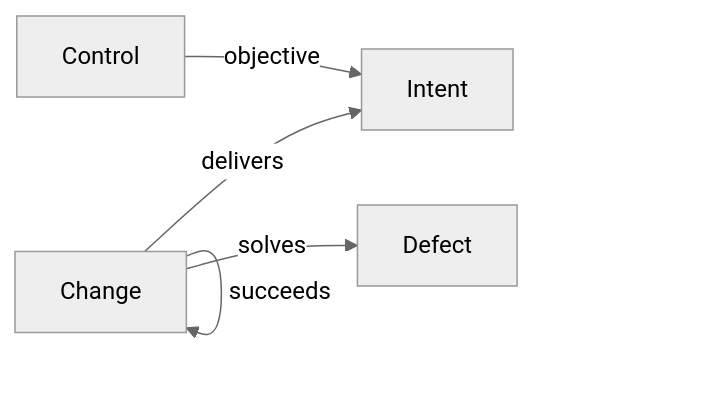
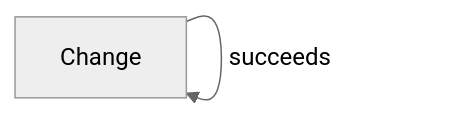
One commit to Kai-Hacks-AI/KAAL changed the diagram in engineering/metamodel/views/promotion.md. Above: the diagram before and after it, drawn with Mermaid (neutral theme). The commit also changed other lines of this file and 1 other file, not shown here.

First line of the commit message:
DO: PROMOTION view reduced to transport; HOTFIX is one route for a Defect (release/C71)

````diff
--- a/engineering/metamodel/views/promotion.md
+++ b/engineering/metamodel/views/promotion.md
@@ -14,7 +14,4 @@
 ```mermaid
 flowchart LR
   Change -->|succeeds| Change
-  Change -->|delivers| Intent
-  Change -->|solves| Defect
-  Control -->|objective| Intent
 ```
````
